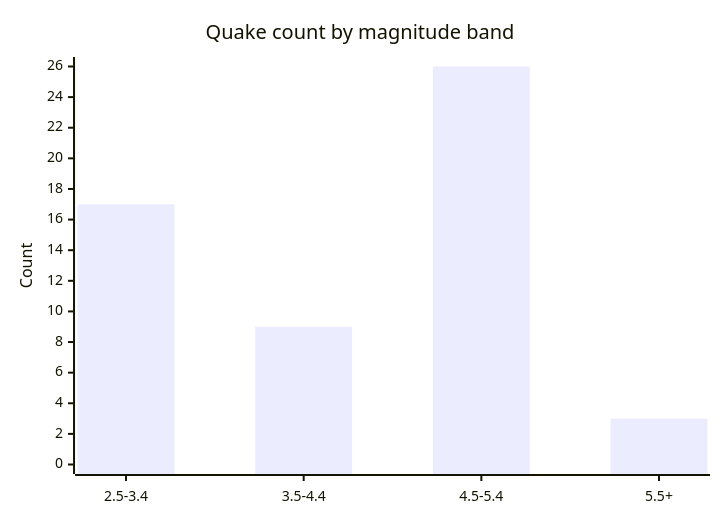
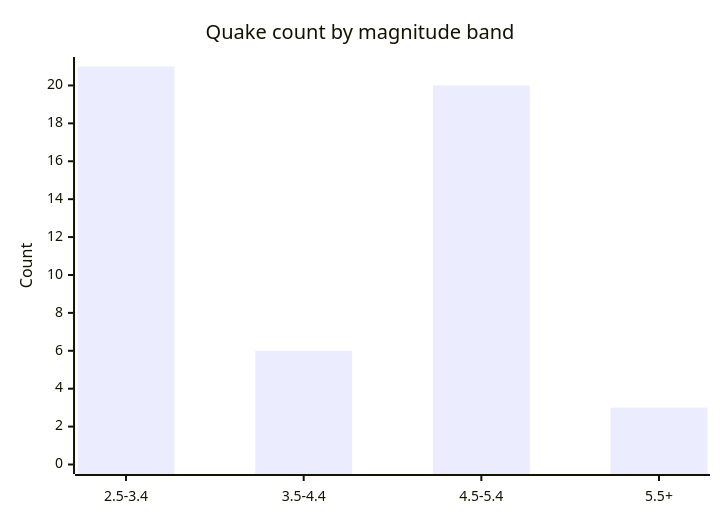
One commit to Midwest-Stratospheric/aerostratospheric-defense-gir changed the fifth of 6 diagrams in docs/GRAPHS.md. Above: the diagram before and after it, drawn with Mermaid. The commit also changed other lines of this file and 25 other files, not shown here.

````diff
--- a/docs/GRAPHS.md
+++ b/docs/GRAPHS.md
@@ -82,7 +82,7 @@
 ```mermaid
 xychart-beta
   title "Quake count by magnitude band"
   x-axis ["2.5-3.4", "3.5-4.4", "4.5-5.4", "5.5+"]
-  y-axis "Count" 0 --> 26
-  bar [17, 9, 26, 3]
+  y-axis "Count" 0 --> 21
+  bar [21, 6, 20, 3]
 ```
````
